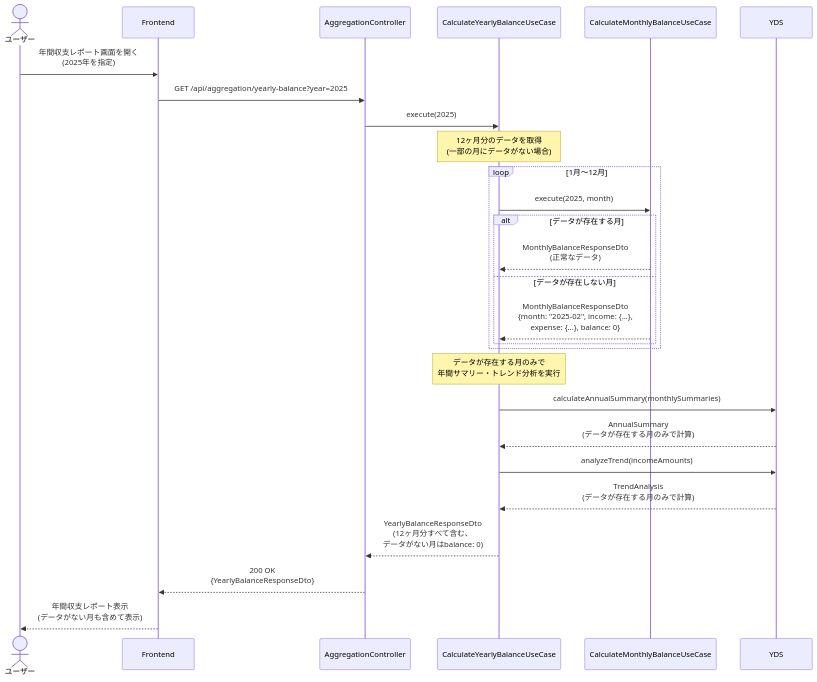
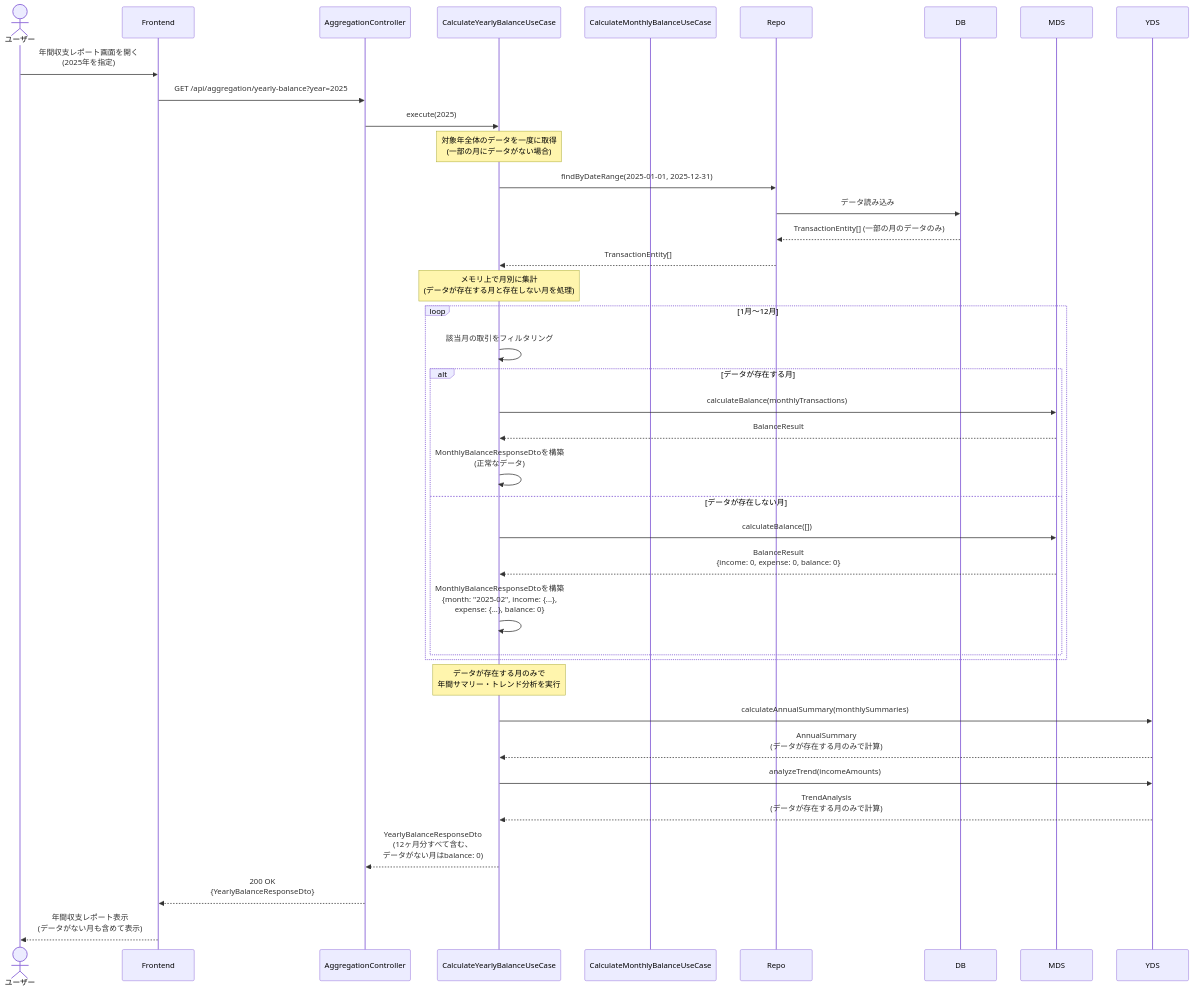
One commit to kencom2400/account-book changed the third of 5 diagrams in docs/detailed-design/FR-020_yearly-balance-aggregation/sequence-diagrams.md. Above: the diagram before and after it, drawn with Mermaid. The commit also changed other lines of this file and 3 other files, not shown here.

````diff
--- a/docs/detailed-design/FR-020_yearly-balance-aggregation/sequence-diagrams.md
+++ b/docs/detailed-design/FR-020_yearly-balance-aggregation/sequence-diagrams.md
@@ -174,35 +178,45 @@
 ```mermaid
 sequenceDiagram
     actor User as ユーザー
     participant FE as Frontend
     participant API as AggregationController
     participant UC as CalculateYearlyBalanceUseCase
     participant MonthlyUC as CalculateMonthlyBalanceUseCase
 
     User->>FE: 年間収支レポート画面を開く<br/>(2025年を指定)
     FE->>API: GET /api/aggregation/yearly-balance?year=2025
 
     API->>UC: execute(2025)
 
-    Note over UC: 12ヶ月分のデータを取得<br/>(一部の月にデータがない場合)
+    Note over UC: 対象年全体のデータを一度に取得<br/>(一部の月にデータがない場合)
+    UC->>Repo: findByDateRange(2025-01-01, 2025-12-31)
+    Repo->>DB: データ読み込み
+    DB-->>Repo: TransactionEntity[] (一部の月のデータのみ)
+    Repo-->>UC: TransactionEntity[]
+
+    Note over UC: メモリ上で月別に集計<br/>(データが存在する月と存在しない月を処理)
     loop 1月〜12月
-        UC->>MonthlyUC: execute(2025, month)
+        UC->>UC: 該当月の取引をフィルタリング
         alt データが存在する月
-            MonthlyUC-->>UC: MonthlyBalanceResponseDto<br/>(正常なデータ)
+            UC->>MDS: calculateBalance(monthlyTransactions)
+            MDS-->>UC: BalanceResult
+            UC->>UC: MonthlyBalanceResponseDtoを構築<br/>(正常なデータ)
         else データが存在しない月
-            MonthlyUC-->>UC: MonthlyBalanceResponseDto<br/>{month: "2025-02", income: {...},<br/>expense: {...}, balance: 0}
+            UC->>MDS: calculateBalance([])
+            MDS-->>UC: BalanceResult<br/>{income: 0, expense: 0, balance: 0}
+            UC->>UC: MonthlyBalanceResponseDtoを構築<br/>{month: "2025-02", income: {...},<br/>expense: {...}, balance: 0}
         end
     end
 
     Note over UC: データが存在する月のみで<br/>年間サマリー・トレンド分析を実行
     UC->>YDS: calculateAnnualSummary(monthlySummaries)
     YDS-->>UC: AnnualSummary<br/>(データが存在する月のみで計算)
 
     UC->>YDS: analyzeTrend(incomeAmounts)
     YDS-->>UC: TrendAnalysis<br/>(データが存在する月のみで計算)
 
     UC-->>API: YearlyBalanceResponseDto<br/>(12ヶ月分すべて含む、<br/>データがない月はbalance: 0)
 
     API-->>FE: 200 OK<br/>{YearlyBalanceResponseDto}
     FE-->>User: 年間収支レポート表示<br/>(データがない月も含めて表示)
 ```
````
